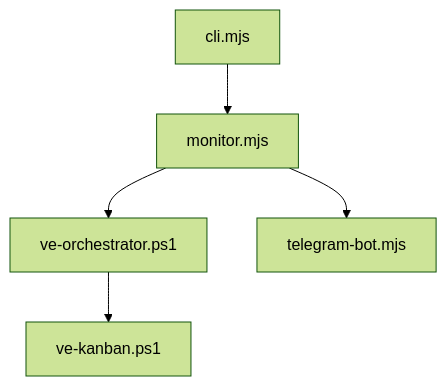
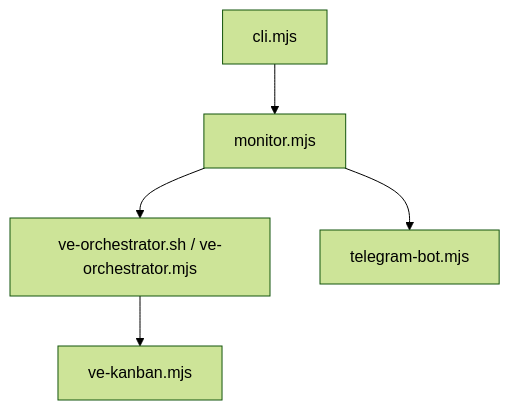
One commit to virtengine/virtengine changed the diagram in scripts/codex-monitor/AGENTS.md. Above: the diagram before and after it, drawn with Mermaid (forest theme). The commit also changed other lines of this file and 87 other files, not shown here.

First line of the commit message:
feat(ci): codex-monitor v0.20 - shared state manager, GitHub Projects v2, native JS orchestrator

````diff
--- a/scripts/codex-monitor/AGENTS.md
+++ b/scripts/codex-monitor/AGENTS.md
@@ -33,7 +41,7 @@
 ```mermaid
 flowchart TD
   CLI[cli.mjs] --> Monitor[monitor.mjs]
-  Monitor --> Orchestrator[ve-orchestrator.ps1]
-  Orchestrator --> VK[ve-kanban.ps1]
+  Monitor --> Orchestrator[ve-orchestrator.sh / ve-orchestrator.mjs]
+  Orchestrator --> VK[ve-kanban.mjs]
   Monitor --> Telegram[telegram-bot.mjs]
 ```
````
